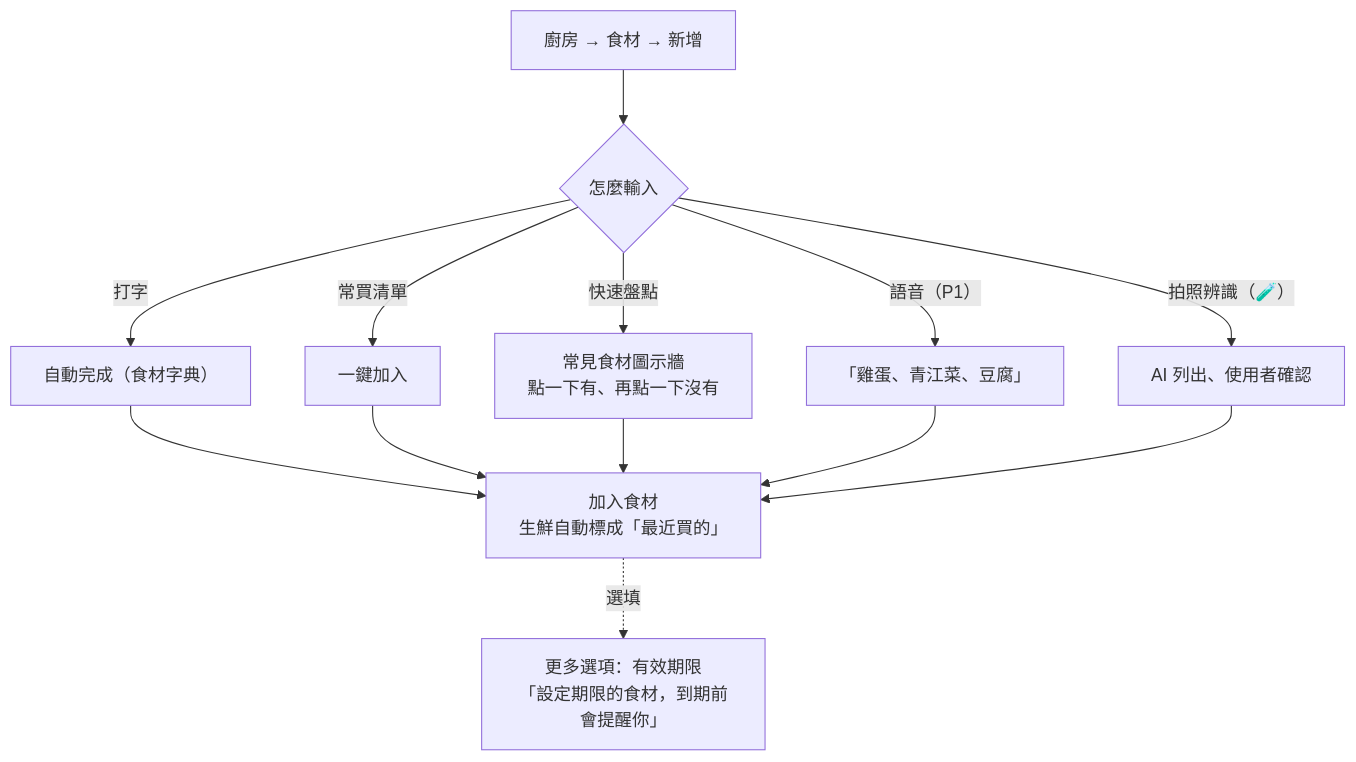
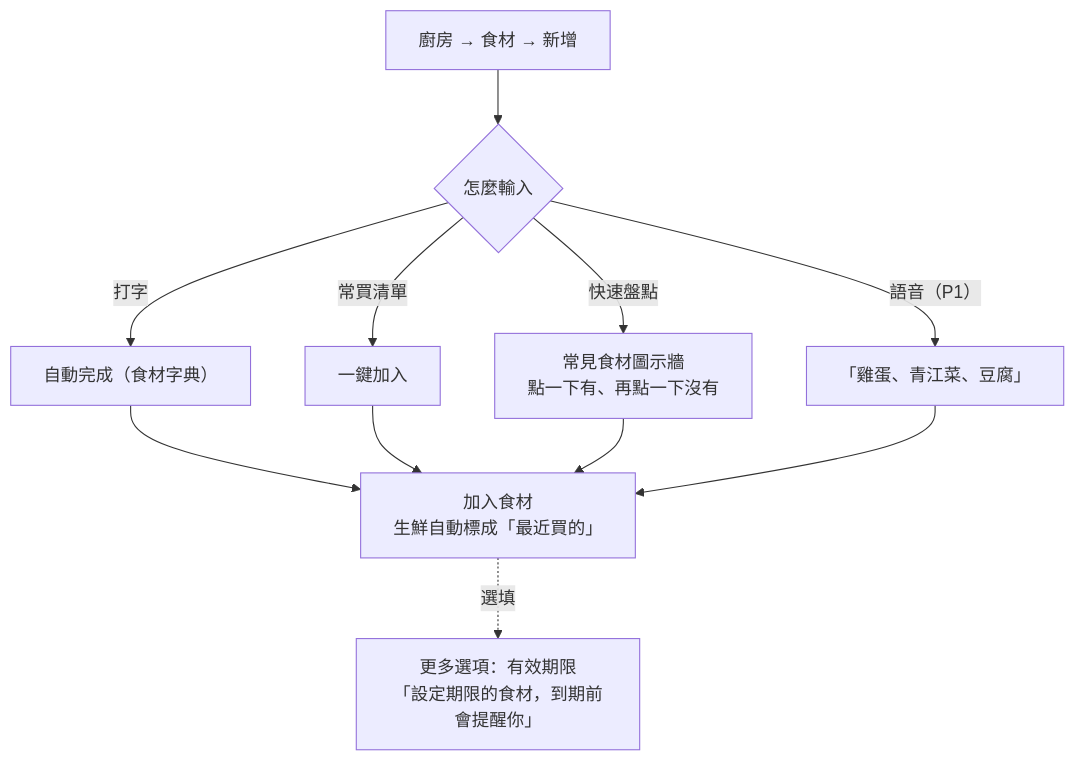
Before and after one commit to LeeBoYin/cooking-recipe-app: the fourth of 8 diagrams in docs/09-user-flows.md, drawn with Mermaid. The commit also changed other lines of this file and 14 other files, not shown here.

````diff
--- a/docs/09-user-flows.md
+++ b/docs/09-user-flows.md
@@ -117,15 +124,13 @@
 ```mermaid
 flowchart TD
   A[廚房 → 食材 → 新增] --> B{怎麼輸入}
   B -- 打字 --> C[自動完成（食材字典）]
   B -- 常買清單 --> D[一鍵加入]
   B -- 快速盤點 --> E[常見食材圖示牆<br/>點一下有、再點一下沒有]
   B -- 語音（P1） --> F[「雞蛋、青江菜、豆腐」]
-  B -- 拍照辨識（🧪） --> G[AI 列出、使用者確認]
   C --> H[加入食材<br/>生鮮自動標成「最近買的」]
   D --> H
   E --> H
   F --> H
-  G --> H
   H -.選填.-> I[更多選項：有效期限<br/>「設定期限的食材，到期前會提醒你」]
 ```
````
